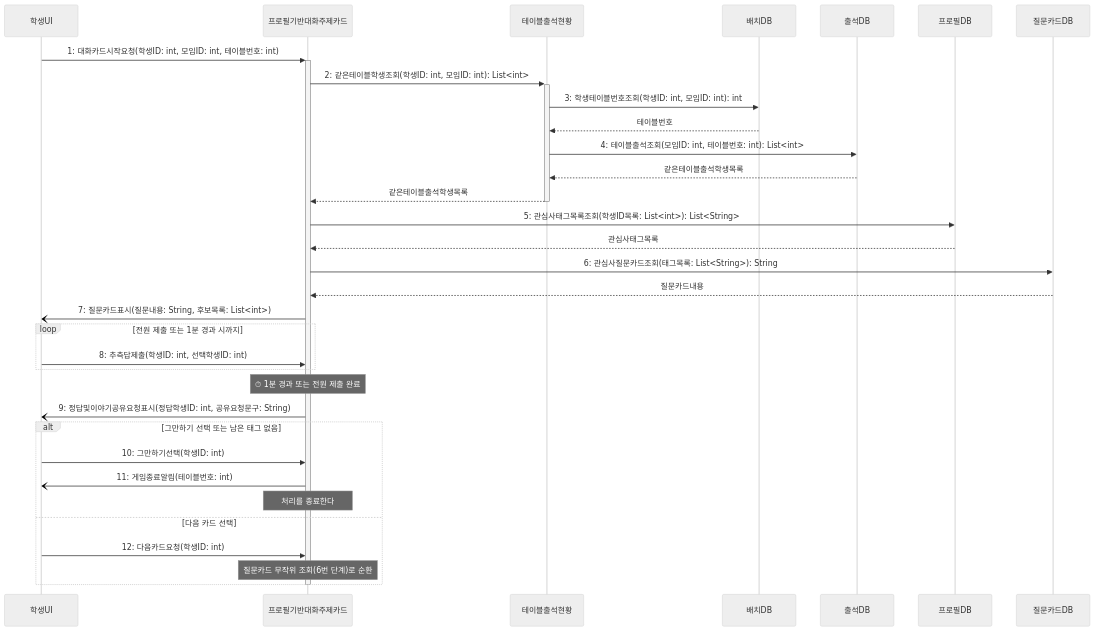
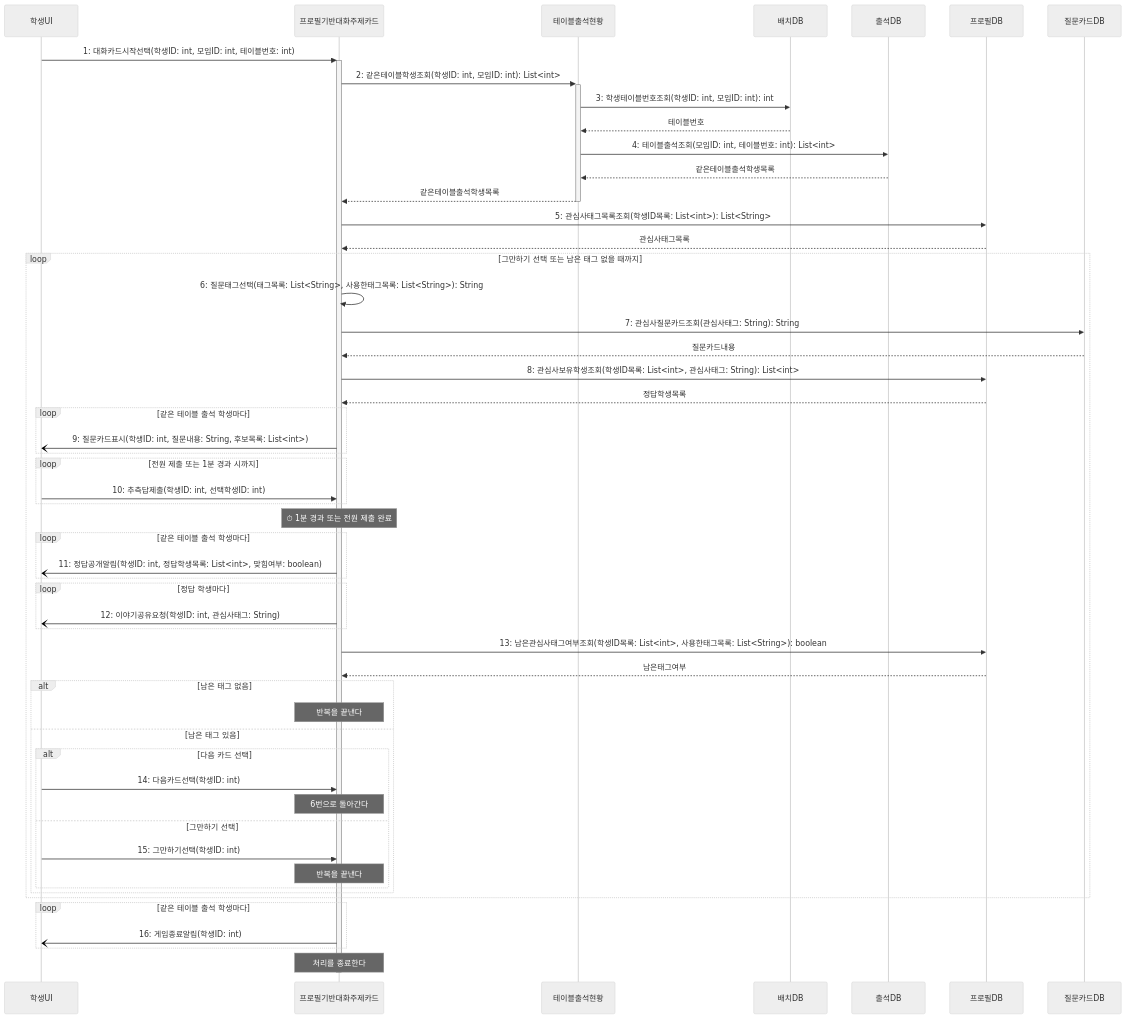
One commit to hojae3/sw-engineering-16 changed the diagram in sequence/seq-07.md. Above: the diagram before and after it, drawn with Mermaid (neutral theme). The commit also changed other lines of this file and 29 other files, not shown here.

````diff
--- a/sequence/seq-07.md
+++ b/sequence/seq-07.md
@@ -26,41 +26,64 @@
 ```mermaid
 sequenceDiagram
     participant 학생UI as 학생UI
     participant 카드 as 프로필기반대화주제카드
     participant 현황 as 테이블출석현황
     participant 배치DB as 배치DB
     participant 출석DB as 출석DB
     participant 프로필DB as 프로필DB
     participant 질문DB as 질문카드DB
 
-    학생UI->>+카드: 1: 대화카드시작요청(학생ID: int, 모임ID: int, 테이블번호: int)
+    학생UI->>+카드: 1: 대화카드시작선택(학생ID: int, 모임ID: int, 테이블번호: int)
     카드->>+현황: 2: 같은테이블학생조회(학생ID: int, 모임ID: int): List<int>
     현황->>배치DB: 3: 학생테이블번호조회(학생ID: int, 모임ID: int): int
     배치DB-->>현황: 테이블번호
     현황->>출석DB: 4: 테이블출석조회(모임ID: int, 테이블번호: int): List<int>
     출석DB-->>현황: 같은테이블출석학생목록
     현황-->>-카드: 같은테이블출석학생목록
 
     카드->>프로필DB: 5: 관심사태그목록조회(학생ID목록: List<int>): List<String>
     프로필DB-->>카드: 관심사태그목록
-    카드->>질문DB: 6: 관심사질문카드조회(태그목록: List<String>): String
-    질문DB-->>카드: 질문카드내용
-    카드-)학생UI: 7: 질문카드표시(질문내용: String, 후보목록: List<int>)
 
-    loop 전원 제출 또는 1분 경과 시까지
-        학생UI->>카드: 8: 추측답제출(학생ID: int, 선택학생ID: int)
+    loop 그만하기 선택 또는 남은 태그 없을 때까지
+        카드->>카드: 6: 질문태그선택(태그목록: List<String>, 사용한태그목록: List<String>): String
+        카드->>질문DB: 7: 관심사질문카드조회(관심사태그: String): String
+        질문DB-->>카드: 질문카드내용
+        카드->>프로필DB: 8: 관심사보유학생조회(학생ID목록: List<int>, 관심사태그: String): List<int>
+        프로필DB-->>카드: 정답학생목록
+        loop 같은 테이블 출석 학생마다
+            카드-)학생UI: 9: 질문카드표시(학생ID: int, 질문내용: String, 후보목록: List<int>)
+        end
+
+        loop 전원 제출 또는 1분 경과 시까지
+            학생UI->>카드: 10: 추측답제출(학생ID: int, 선택학생ID: int)
+        end
+        Note over 카드: ⏱ 1분 경과 또는 전원 제출 완료
+
+        loop 같은 테이블 출석 학생마다
+            카드-)학생UI: 11: 정답공개알림(학생ID: int, 정답학생목록: List<int>, 맞힘여부: boolean)
+        end
+        loop 정답 학생마다
+            카드-)학생UI: 12: 이야기공유요청(학생ID: int, 관심사태그: String)
+        end
+        카드->>프로필DB: 13: 남은관심사태그여부조회(학생ID목록: List<int>, 사용한태그목록: List<String>): boolean
+        프로필DB-->>카드: 남은태그여부
+
+        alt 남은 태그 없음
+            Note over 카드: 반복을 끝낸다
+        else 남은 태그 있음
+            alt 다음 카드 선택
+                학생UI->>카드: 14: 다음카드선택(학생ID: int)
+                Note over 카드: 6번으로 돌아간다
+            else 그만하기 선택
+                학생UI->>카드: 15: 그만하기선택(학생ID: int)
+                Note over 카드: 반복을 끝낸다
+            end
+        end
     end
-    Note over 카드: ⏱ 1분 경과 또는 전원 제출 완료
 
-    카드-)학생UI: 9: 정답및이야기공유요청표시(정답학생ID: int, 공유요청문구: String)
-
-    alt 그만하기 선택 또는 남은 태그 없음
-        학생UI->>카드: 10: 그만하기선택(학생ID: int)
-        카드-)학생UI: 11: 게임종료알림(테이블번호: int)
-        Note over 카드: 처리를 종료한다
-    else 다음 카드 선택
-        학생UI->>카드: 12: 다음카드요청(학생ID: int)
-        Note over 카드: 질문카드 무작위 조회(6번 단계)로 순환
+    loop 같은 테이블 출석 학생마다
+        카드-)학생UI: 16: 게임종료알림(학생ID: int)
     end
+    Note over 카드: 처리를 종료한다
     deactivate 카드
 ```
````
